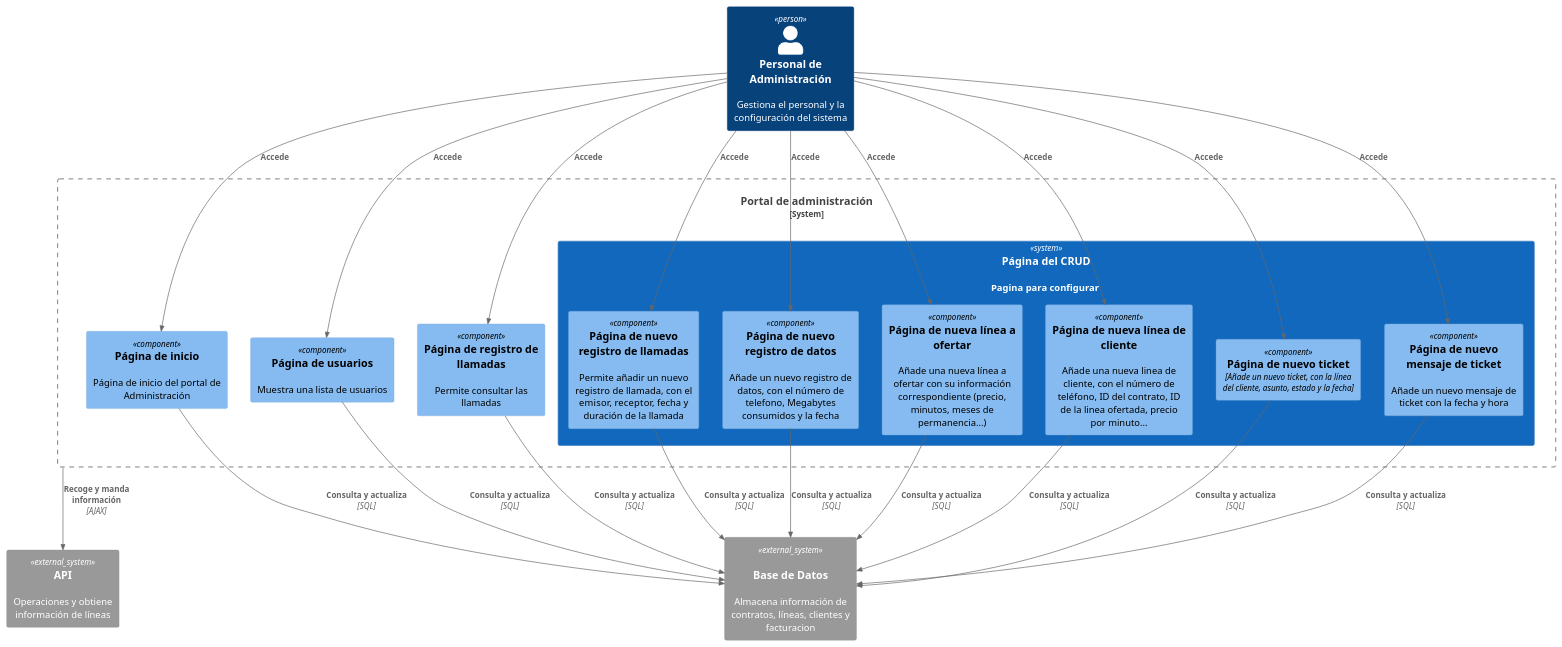
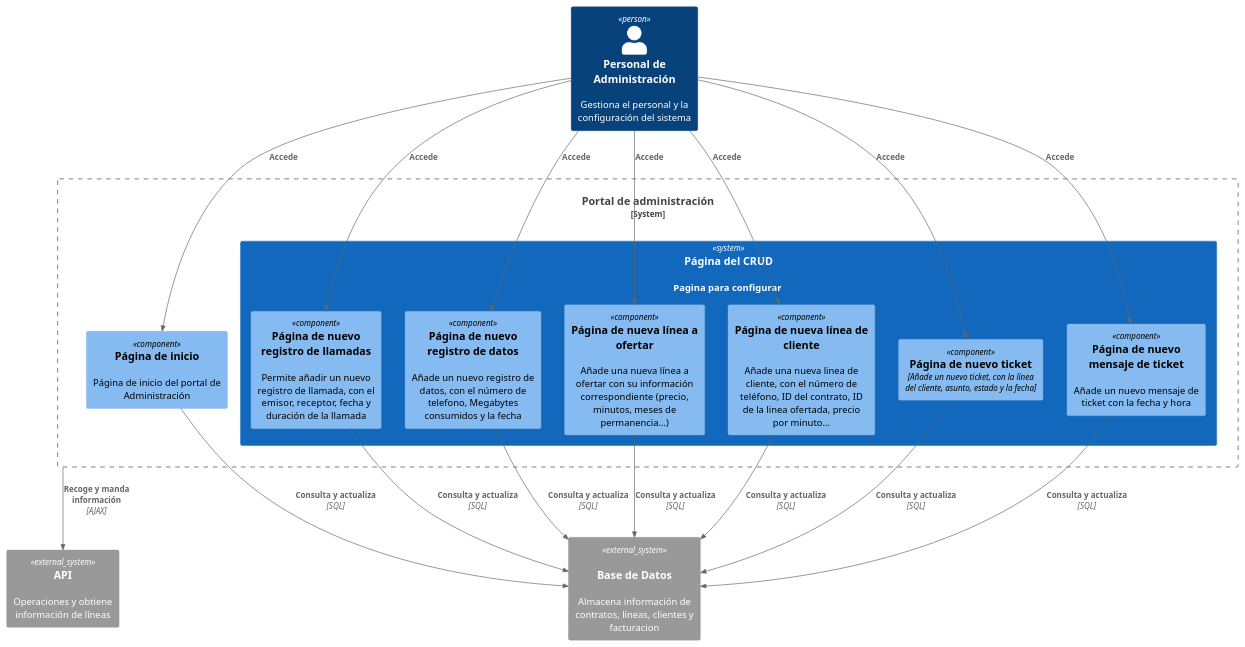
Before and after one commit to davidbp10/iw2023-2024-MovilUCA: the diagram in docs/diagrams/PAdminComponentDiagram.puml, drawn with PlantUML. The commit also changed 9 other files, not shown here.

```diff
--- a/docs/diagrams/PAdminComponentDiagram.puml
+++ b/docs/diagrams/PAdminComponentDiagram.puml
@@ -1,47 +1,43 @@
 @startuml PAdmimComponentDiagram
 !include https://raw.githubusercontent.com/plantuml-stdlib/C4-PlantUML/master/C4_Component.puml
 
 Person(admin, "Personal de Administración", "Gestiona el personal y la configuración del sistema")
 
 System_Boundary(padmin, "Portal de administración", ,"Gestiona la configuración del sistema y empleados") {
 
     System( pcrud, "Página del CRUD",  "Pagina para configurar "){
         Component( prll, "Página de nuevo registro de llamadas", , "Permite añadir un nuevo registro de llamada, con el emisor, receptor, fecha y duración de la llamada")
         Component( prd, "Página de nuevo registro de datos ", , "Añade un nuevo registro de datos, con el número de telefono, Megabytes consumidos y la fecha")
         Component( pl, "Página de nueva línea a ofertar", , "Añade una nueva línea a ofertar con su información correspondiente (precio, minutos, meses de permanencia...)")
         Component( plc, "Página de nueva línea de cliente", , "Añade una nueva linea de cliente, con el número de teléfono, ID del contrato, ID de la linea ofertada, precio por minuto...")
         Component( pt, "Página de nuevo ticket", "Añade un nuevo ticket, con la línea del cliente, asunto, estado y la fecha")
         Component( pm, "Página de nuevo mensaje de ticket ", , "Añade un nuevo mensaje de ticket con la fecha y hora ")
     }
     Component( pi, "Página de inicio", , "Página de inicio del portal de Administración")
-    Component( pu, "Página de usuarios", , "Muestra una lista de usuarios")
-    Component( pll, "Página de registro de llamadas", , "Permite consultar las llamadas")
+
 }
 
 System_Ext(bd, "Base de Datos","Almacena información de contratos, líneas, clientes y facturacion", "MySQL")
 System_Ext(api, "API", "Operaciones y obtiene información de líneas")
 
 Rel(admin,pi,"Accede")
-Rel(admin,pu,"Accede")
-Rel(admin,pll,"Accede")
 Rel(admin,prll,"Accede")
 Rel(admin,prd,"Accede")
 Rel(admin,pl,"Accede")
 Rel(admin,plc,"Accede")
 Rel(admin,pt,"Accede")
 Rel(admin,pm,"Accede")
 
 Rel(padmin,api,"Recoge y manda información","AJAX")
 
 Rel(pi, bd, "Consulta y actualiza", "SQL")
-Rel(pu, bd, "Consulta y actualiza", "SQL")
-Rel(pll, bd, "Consulta y actualiza", "SQL")
+
 Rel(prll, bd, "Consulta y actualiza", "SQL")
 Rel(prd, bd, "Consulta y actualiza", "SQL")
 Rel(pl, bd, "Consulta y actualiza", "SQL")
 Rel(plc, bd, "Consulta y actualiza", "SQL")
 Rel(pt, bd, "Consulta y actualiza", "SQL")
 Rel(pm, bd, "Consulta y actualiza", "SQL")
 
 
 @enduml
```
